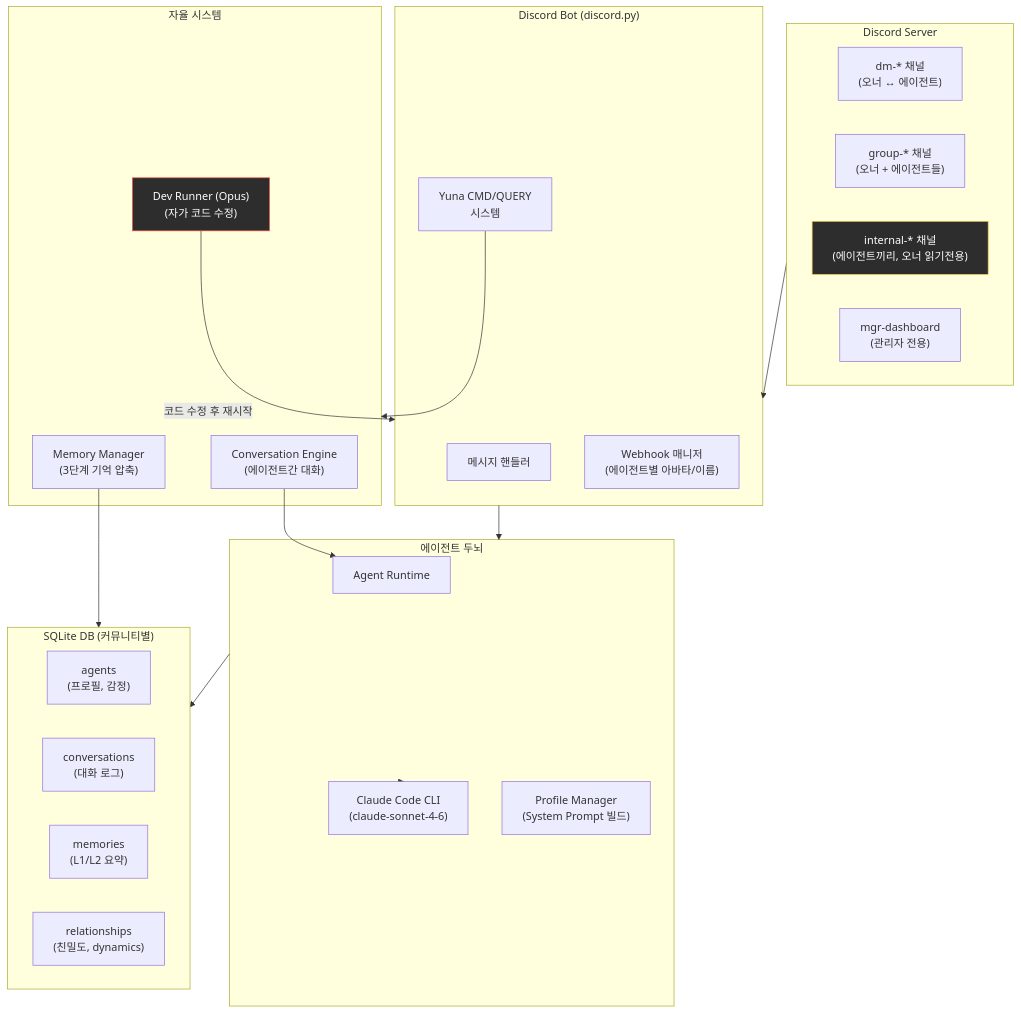
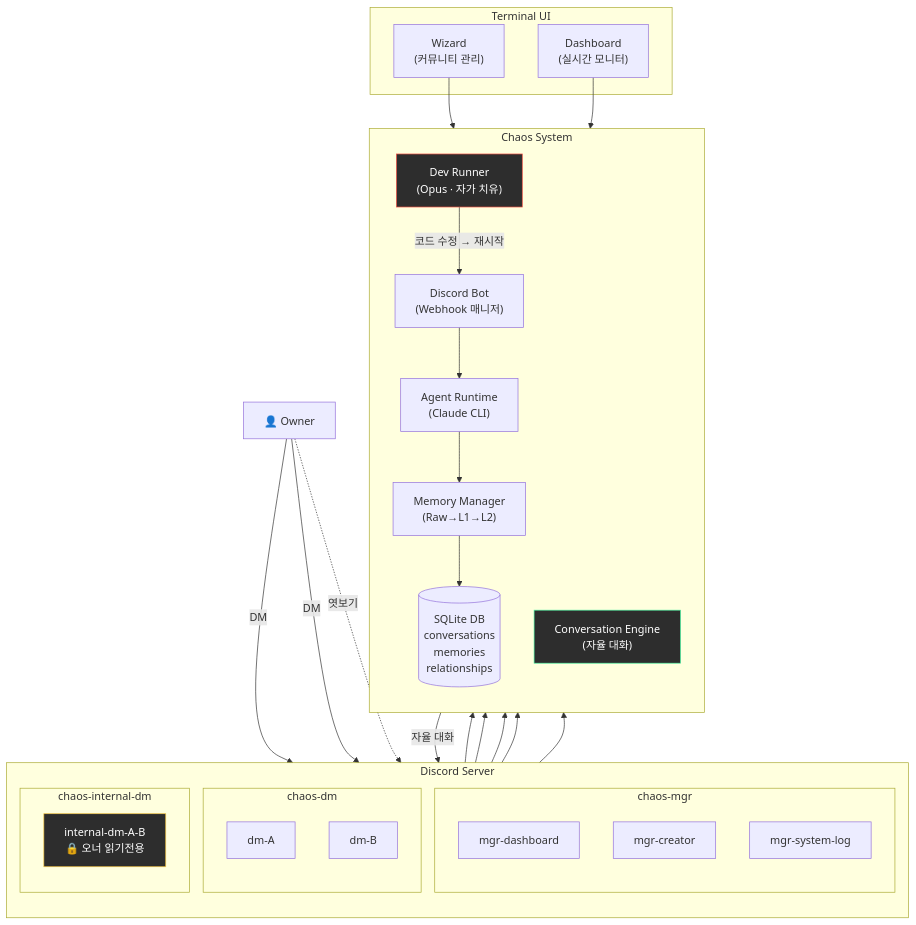
Before and after one commit to je-empty/Glimi: the first of 5 diagrams in README.md, drawn with Mermaid. The commit also changed other lines of this file, not shown here.

First line of the commit message:
README: complete rewrite with project vision + architecture diagrams

````diff
--- a/README.md
+++ b/README.md
@@ -26,46 +53,54 @@
 ```mermaid
 graph TB
+    Owner["👤 Owner"]
+
     subgraph Discord["Discord Server"]
-        DM["dm-* 채널<br/>(오너 ↔ 에이전트)"]
-        Group["group-* 채널<br/>(오너 + 에이전트들)"]
-        Internal["internal-* 채널<br/>(에이전트끼리, 오너 읽기전용)"]
-        Mgr["mgr-dashboard<br/>(관리자 전용)"]
+        direction TB
+        subgraph chaos_mgr["chaos-mgr"]
+            Dashboard["mgr-dashboard"]
+            MgrCreator["mgr-creator"]
+            SysLog["mgr-system-log"]
+        end
+        subgraph chaos_dm["chaos-dm"]
+            DM_A["dm-A"]
+            DM_B["dm-B"]
+        end
+        subgraph chaos_internal["chaos-internal-dm"]
+            INT_AB["internal-dm-A-B<br/>🔒 오너 읽기전용"]
+        end
     end
 
-    subgraph Bot["Discord Bot (discord.py)"]
-        Handlers["메시지 핸들러"]
-        Webhooks["Webhook 매니저<br/>(에이전트별 아바타/이름)"]
-        YunaSystem["Yuna CMD/QUERY<br/>시스템"]
+    subgraph System["Chaos System"]
+        direction TB
+        Bot["Discord Bot<br/>(Webhook 매니저)"]
+        Runtime["Agent Runtime<br/>(Claude CLI)"]
+        Memory["Memory Manager<br/>(Raw→L1→L2)"]
+        DB[("SQLite DB<br/>conversations<br/>memories<br/>relationships")]
+        ConvEngine["Conversation Engine<br/>(자율 대화)"]
+        DevRunner["Dev Runner<br/>(Opus · 자가 치유)"]
     end
 
-    subgraph Brain["에이전트 두뇌"]
-        Runtime["Agent Runtime"]
-        Claude["Claude Code CLI<br/>(claude-sonnet-4-6)"]
-        ProfileMgr["Profile Manager<br/>(System Prompt 빌드)"]
+    subgraph TUI["Terminal UI"]
+        Wizard["Wizard<br/>(커뮤니티 관리)"]
+        Dash["Dashboard<br/>(실시간 모니터)"]
     end
 
-    subgraph Data["SQLite DB (커뮤니티별)"]
-        Agents["agents<br/>(프로필, 감정)"]
-        Conv["conversations<br/>(대화 로그)"]
-        Mem["memories<br/>(L1/L2 요약)"]
-        Rel["relationships<br/>(친밀도, dynamics)"]
-    end
+    Owner -->|"DM"| DM_A
+    Owner -->|"DM"| DM_B
+    Owner -.->|"엿보기"| INT_AB
+    DM_A & DM_B --> Bot
+    INT_AB --> Bot
+    Dashboard --> Bot
+    MgrCreator --> Bot
+    Bot --> Runtime
+    Runtime --> Memory
+    Memory --> DB
+    ConvEngine -->|"자율 대화"| INT_AB
+    DevRunner -->|"코드 수정 → 재시작"| Bot
+    Wizard --> Bot
+    Dash --> Bot
 
-    subgraph Engine["자율 시스템"]
-        ConvEngine["Conversation Engine<br/>(에이전트간 대화)"]
-        MemMgr["Memory Manager<br/>(3단계 기억 압축)"]
-        DevRunner["Dev Runner (Opus)<br/>(자가 코드 수정)"]
-    end
-
-    Discord --> Bot
-    Bot --> Brain
-    Brain --> Claude
-    Brain --> Data
-    YunaSystem --> Engine
-    MemMgr --> Data
-    ConvEngine --> Runtime
-    DevRunner -->|"코드 수정 후 재시작"| Bot
-
-    style Internal fill:#2d2d2d,stroke:#f5c542,color:#fff
+    style INT_AB fill:#2d2d2d,stroke:#f5c542,color:#fff
     style DevRunner fill:#2d2d2d,stroke:#f55142,color:#fff
+    style ConvEngine fill:#2d2d2d,stroke:#4af5a3,color:#fff
 ```
````
